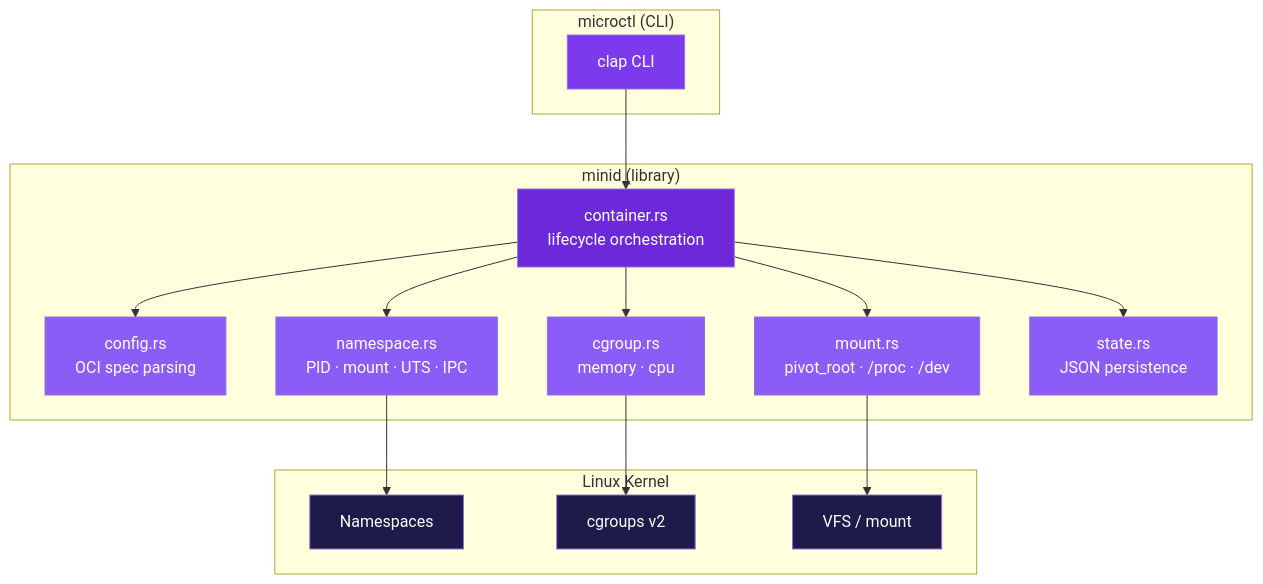
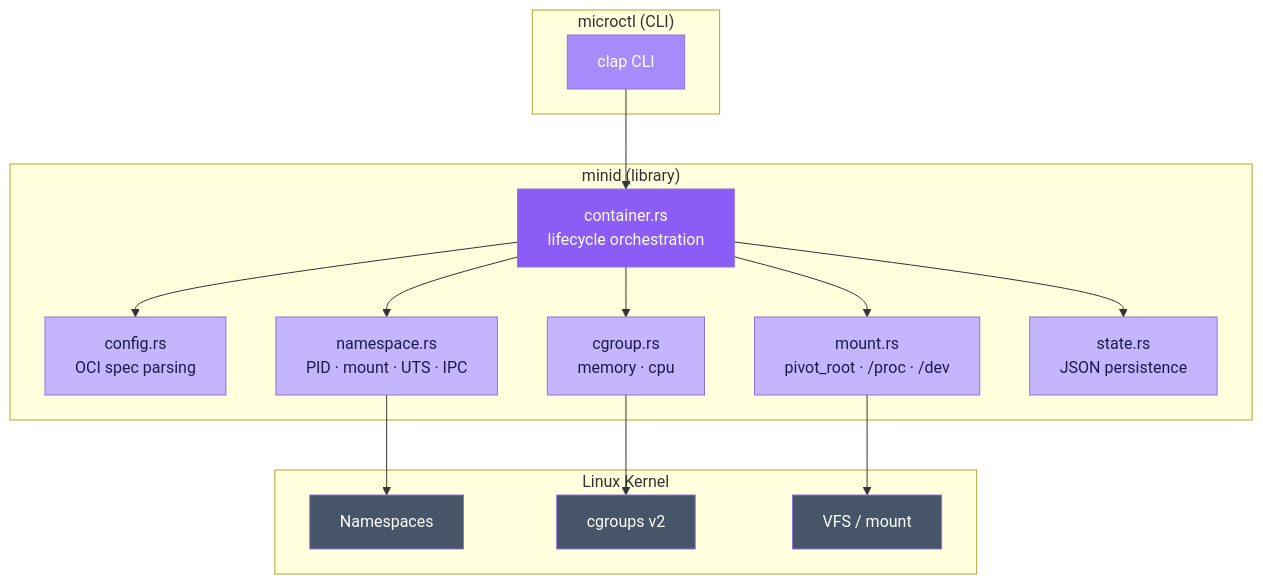
Before and after one commit to AndySchubert/minid: the diagram in docs/index.md, drawn with Mermaid. The commit also changed 4 other files, not shown here.

Commit message:
fix: brighten mermaid diagram colors, add acknowledgements

````diff
--- a/docs/index.md
+++ b/docs/index.md
@@ -11,42 +11,42 @@
 ```mermaid
 graph TB
     subgraph "microctl (CLI)"
         CLI[clap CLI]
     end
 
     subgraph "minid (library)"
         CONFIG[config.rs<br/>OCI spec parsing]
         CONTAINER[container.rs<br/>lifecycle orchestration]
         NS[namespace.rs<br/>PID · mount · UTS · IPC]
         CG[cgroup.rs<br/>memory · cpu]
         MNT[mount.rs<br/>pivot_root · /proc · /dev]
         STATE[state.rs<br/>JSON persistence]
     end
 
     subgraph "Linux Kernel"
         NAMESPACES[Namespaces]
         CGROUPS[cgroups v2]
         VFS[VFS / mount]
     end
 
     CLI --> CONTAINER
     CONTAINER --> CONFIG
     CONTAINER --> NS
     CONTAINER --> CG
     CONTAINER --> MNT
     CONTAINER --> STATE
     NS --> NAMESPACES
     CG --> CGROUPS
     MNT --> VFS
 
-    style CLI fill:#7c3aed,color:#fff
-    style CONTAINER fill:#6d28d9,color:#fff
-    style CONFIG fill:#8b5cf6,color:#fff
-    style NS fill:#8b5cf6,color:#fff
-    style CG fill:#8b5cf6,color:#fff
-    style MNT fill:#8b5cf6,color:#fff
-    style STATE fill:#8b5cf6,color:#fff
-    style NAMESPACES fill:#1e1b4b,color:#fff
-    style CGROUPS fill:#1e1b4b,color:#fff
-    style VFS fill:#1e1b4b,color:#fff
+    style CLI fill:#a78bfa,color:#fff
+    style CONTAINER fill:#8b5cf6,color:#fff
+    style CONFIG fill:#c4b5fd,color:#1e1b4b
+    style NS fill:#c4b5fd,color:#1e1b4b
+    style CG fill:#c4b5fd,color:#1e1b4b
+    style MNT fill:#c4b5fd,color:#1e1b4b
+    style STATE fill:#c4b5fd,color:#1e1b4b
+    style NAMESPACES fill:#475569,color:#fff
+    style CGROUPS fill:#475569,color:#fff
+    style VFS fill:#475569,color:#fff
 ```
````
